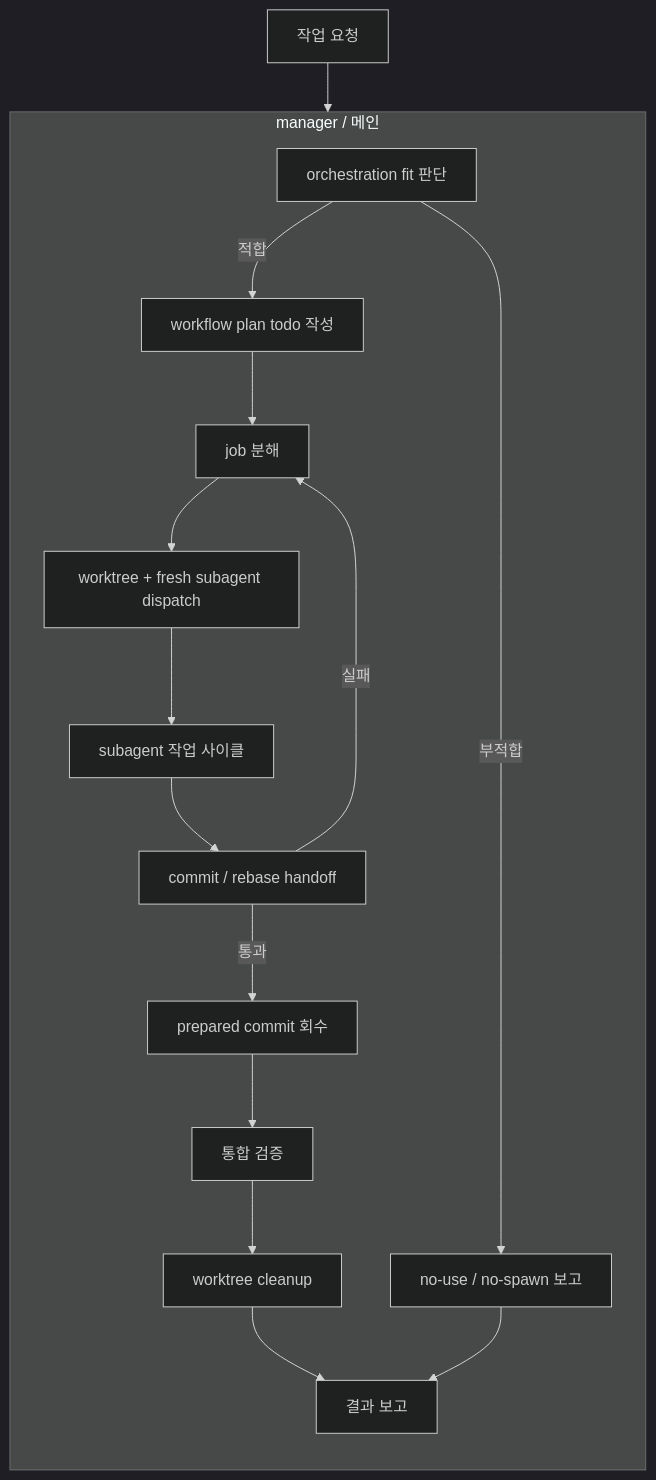
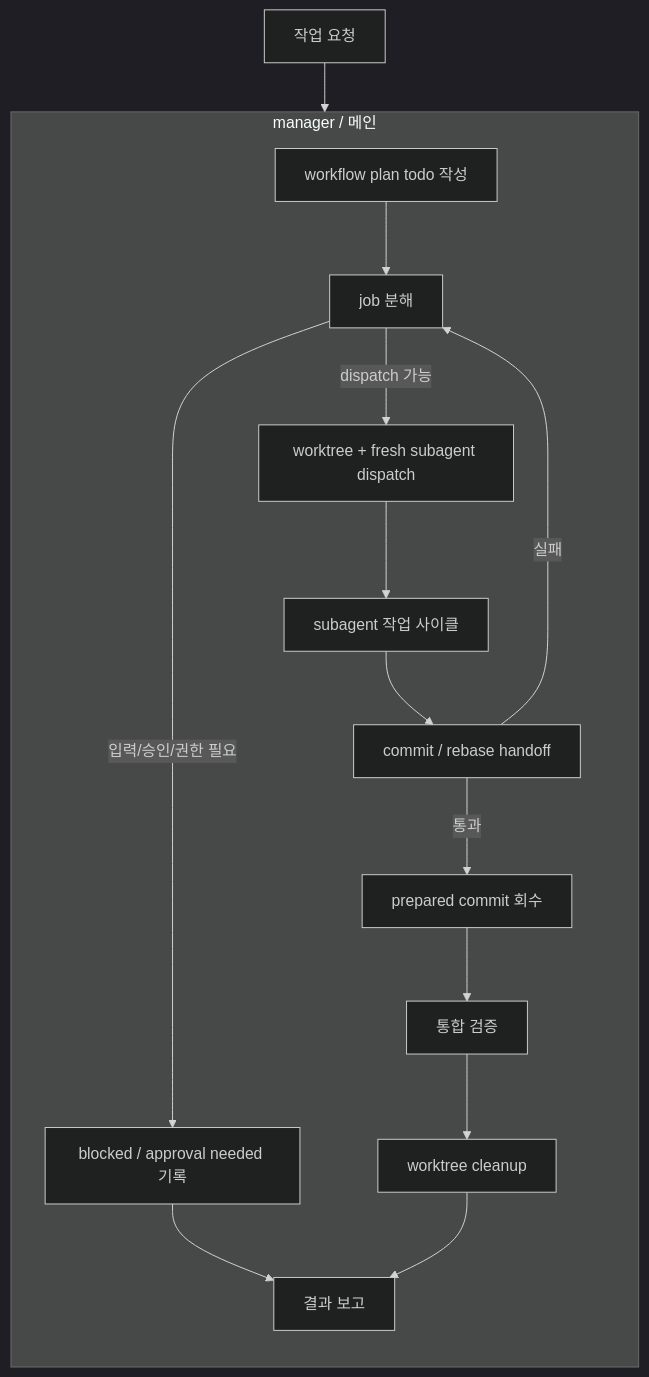
One commit to opnay/agent-plugins changed the first of 3 diagrams in src/baton-relay-dev/specs/skills/manager/intent.md. Above: the diagram before and after it, drawn with Mermaid (dark theme). The commit also changed other lines of this file and 16 other files, not shown here.

````diff
--- a/src/baton-relay-dev/specs/skills/manager/intent.md
+++ b/src/baton-relay-dev/specs/skills/manager/intent.md
@@ -5,32 +5,30 @@
 ```mermaid
 graph TD
-  START[작업 요청] --> FIT
+  START[작업 요청] --> PLAN
 
   subgraph MGR[manager / 메인]
     direction TB
-    FIT[orchestration fit 판단]
-    NOUSE[no-use / no-spawn 보고]
     PLAN[workflow plan todo 작성]
     DECOMP[job 분해]
+    BLOCKED[blocked / approval needed 기록]
     DISPATCH[worktree + fresh subagent dispatch]
     SUBCYCLE[subagent 작업 사이클]
     HANDOFF[commit / rebase handoff]
     INTEGRATE[prepared commit 회수]
     VERIFY[통합 검증]
     CLEANUP[worktree cleanup]
     REPORT[결과 보고]
 
-    FIT -->|부적합| NOUSE
-    FIT -->|적합| PLAN
     PLAN --> DECOMP
-    DECOMP --> DISPATCH
+    DECOMP -->|dispatch 가능| DISPATCH
+    DECOMP -->|입력/승인/권한 필요| BLOCKED
+    BLOCKED --> REPORT
     DISPATCH --> SUBCYCLE
     SUBCYCLE --> HANDOFF
     HANDOFF -->|통과| INTEGRATE
     HANDOFF -->|실패| DECOMP
     INTEGRATE --> VERIFY
     VERIFY --> CLEANUP
     CLEANUP --> REPORT
-    NOUSE --> REPORT
   end
 ```
````
